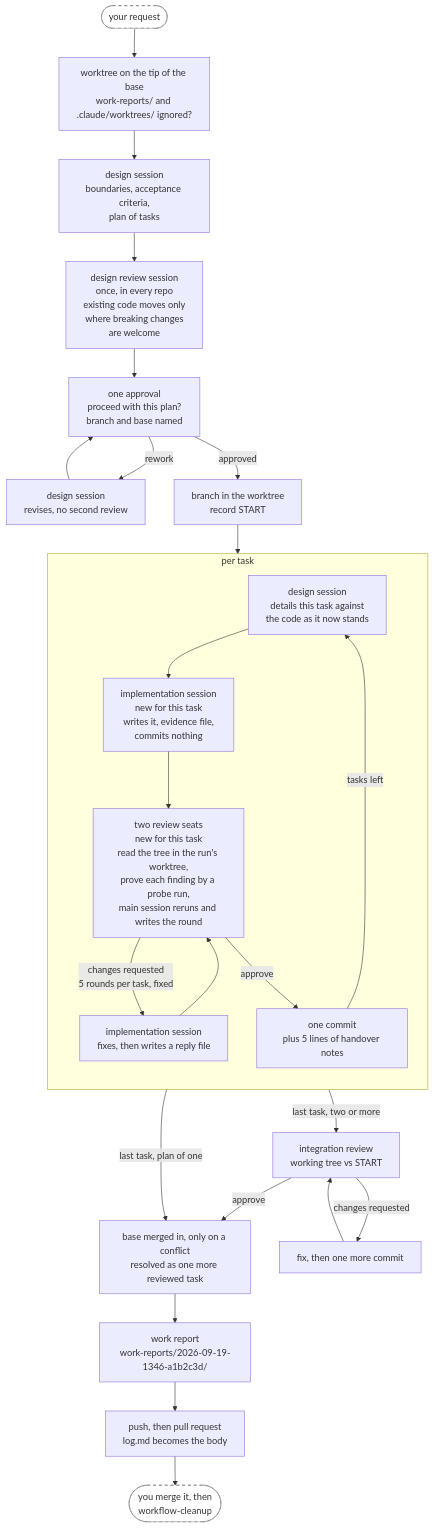
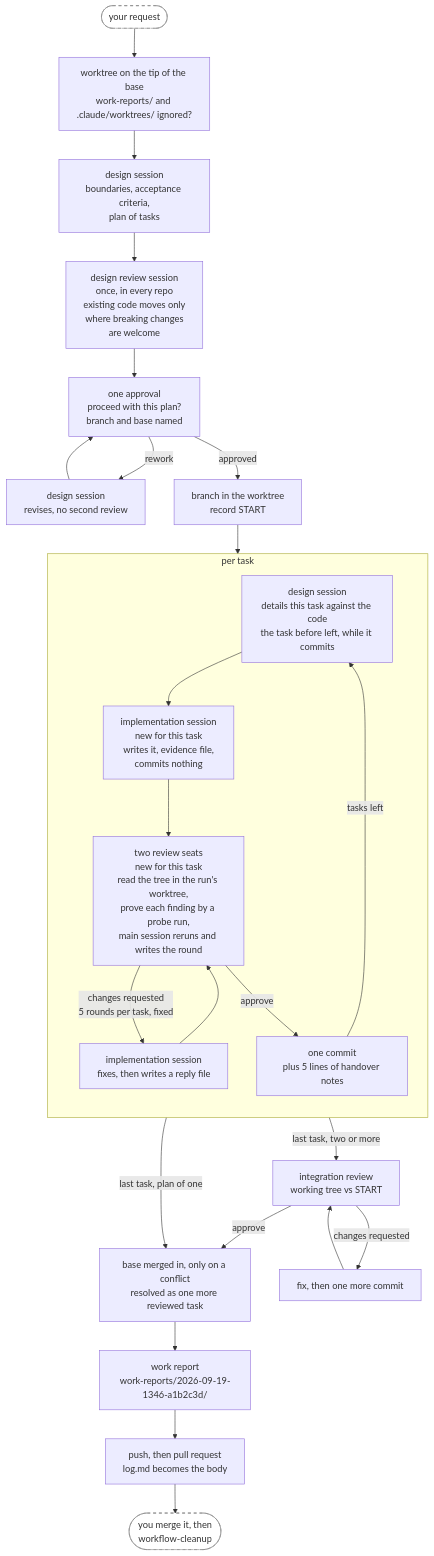
The second of 4 diagrams in plugins/annetaan/README.md (annetaan/claude-plugins), drawn with Mermaid before and after one commit. The commit also changed other lines of this file and 11 other files, not shown here.

````diff
--- a/plugins/annetaan/README.md
+++ b/plugins/annetaan/README.md
@@ -170,34 +170,34 @@
 ```mermaid
 flowchart TD
     req(["your request"]) --> wt["worktree on the tip of the base<br/>work-reports/ and .claude/worktrees/ ignored?"] --> design["design session<br/>boundaries, acceptance criteria,<br/>plan of tasks"]
     design --> dreview["design review session<br/>once, in every repo<br/>existing code moves only<br/>where breaking changes<br/>are welcome"] --> ask["one approval<br/>proceed with this plan?<br/>branch and base named"]
     ask -->|rework| redo["design session<br/>revises, no second review"] --> ask
     ask -->|approved| setup["branch in the worktree<br/>record START"]
     setup --> detail
 
     subgraph task["per task"]
         direction TB
-        detail["design session<br/>details this task against<br/>the code as it now stands"]
+        detail["design session<br/>details this task against the code<br/>the task before left, while it commits"]
         impl["implementation session<br/>new for this task<br/>writes it, evidence file,<br/>commits nothing"]
         review["two review seats<br/>new for this task<br/>read the tree in the run's worktree,<br/>prove each finding by a probe run,<br/>main session reruns and writes the round"]
         respond["implementation session<br/>fixes, then writes a reply file"]
         commit["one commit<br/>plus 5 lines of handover notes"]
         detail --> impl --> review
         review -->|"changes requested<br/>5 rounds per task, fixed"| respond
         respond --> review
         review -->|approve| commit
         commit -->|tasks left| detail
     end
 
     commit -->|"last task, two or more"| integ["integration review<br/>working tree vs START"]
     commit -->|"last task, plan of one"| sync
     integ -->|changes requested| integfix["fix, then one more commit"]
     integfix --> integ
     integ -->|approve| sync["base merged in, only on a conflict<br/>resolved as one more reviewed task"]
     sync --> report["work report<br/>work-reports/2026-09-19-1346-a1b2c3d/"]
     report --> pr["push, then pull request<br/>log.md becomes the body"]
     pr --> clean(["you merge it, then<br/>workflow-cleanup"])
 
     classDef human fill:#fff,stroke:#888,stroke-dasharray: 5 5
     class req,clean human
 ```
````
